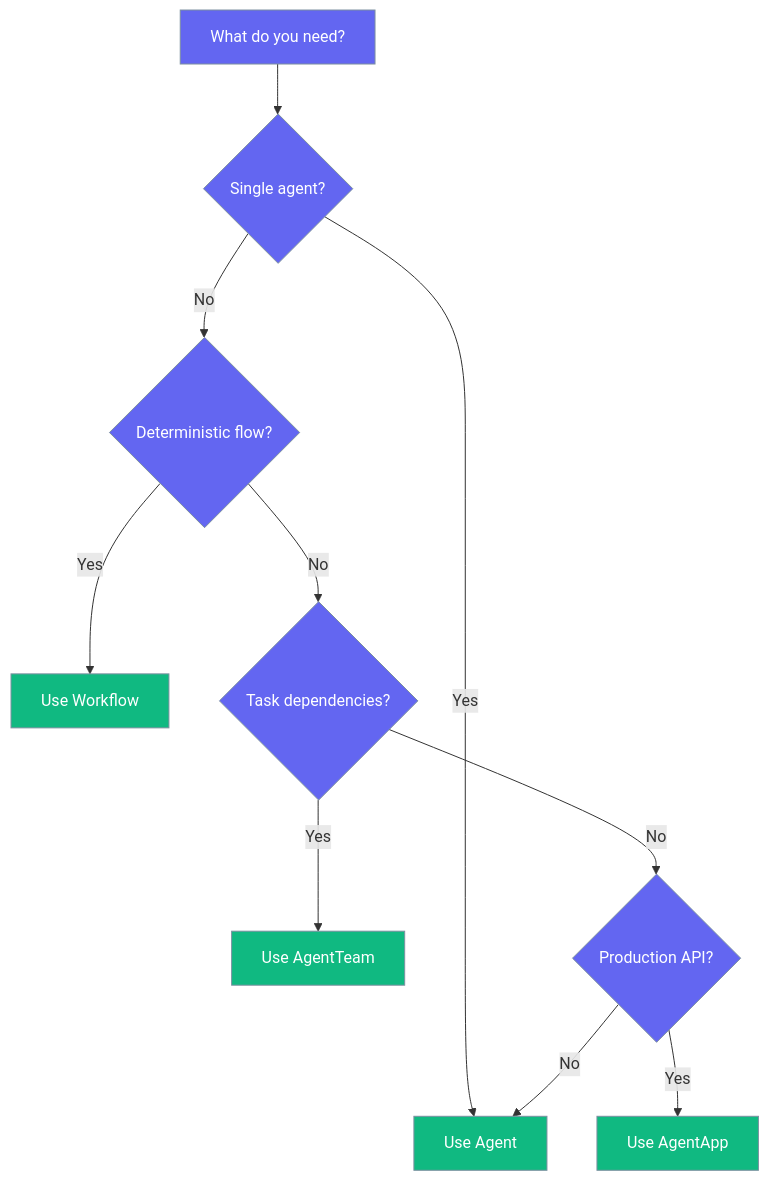
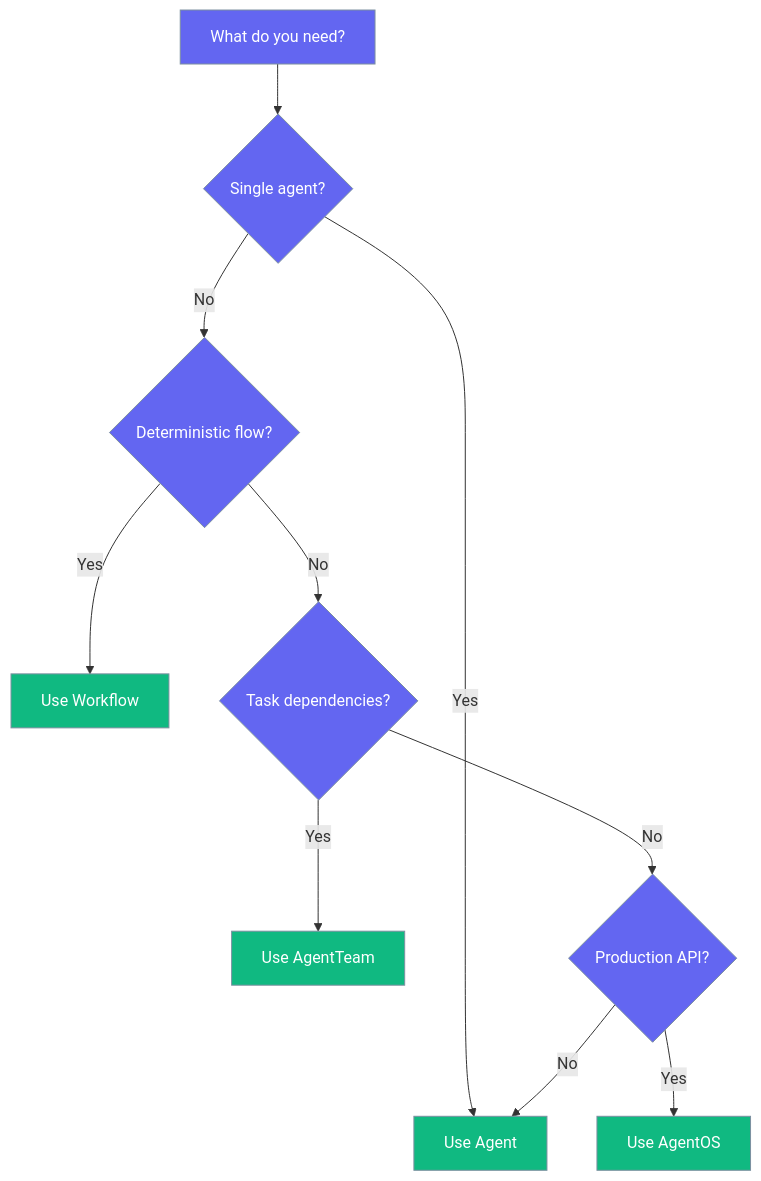
Before and after one commit to MervinPraison/PraisonAIDocs: the second of 2 diagrams in docs/concepts/core-components.mdx, drawn with Mermaid. The commit also changed other lines of this file and 196 other files, not shown here.

Commit message:
Update concepts, JavaScript, examples, SDK code, and add agent-flow, agent-team, and single-file-plugins documentation

````diff
--- a/docs/concepts/core-components.mdx
+++ b/docs/concepts/core-components.mdx
@@ -187,18 +187,18 @@
 ```mermaid
 graph TD
     Start[What do you need?] --> Q1{Single agent?}
     Q1 -->|Yes| Agent[Use Agent]
     Q1 -->|No| Q2{Deterministic flow?}
     Q2 -->|Yes| Workflow[Use Workflow]
     Q2 -->|No| Q3{Task dependencies?}
     Q3 -->|Yes| AgentTeam[Use AgentTeam]
     Q3 -->|No| Q4{Production API?}
-    Q4 -->|Yes| AgentApp[Use AgentApp]
+    Q4 -->|Yes| AgentOS[Use AgentOS]
     Q4 -->|No| Agent
     
     classDef question fill:#6366F1,stroke:#7C90A0,color:#fff
     classDef answer fill:#10B981,stroke:#7C90A0,color:#fff
     
     class Start,Q1,Q2,Q3,Q4 question
-    class Agent,Workflow,AgentTeam,AgentApp answer
+    class Agent,Workflow,AgentTeam,AgentOS answer
 ```
````
